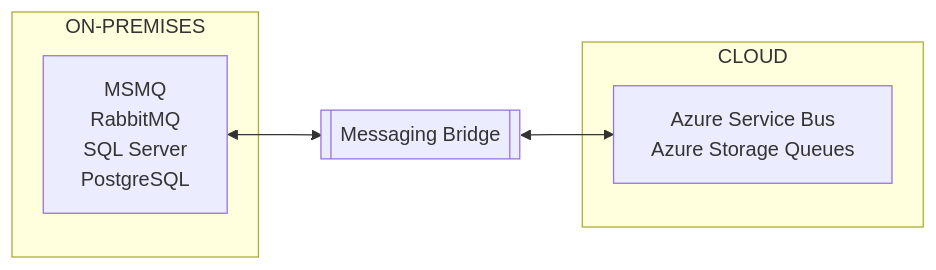
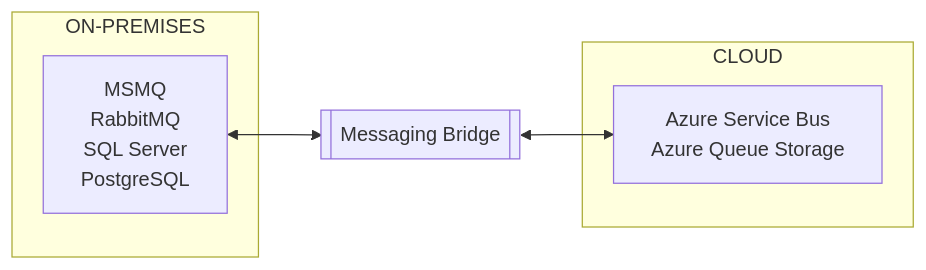
The diagram in modernization/migrate-to-the-cloud/on-premises-to-azure.md (Particular/docs.particular.net), drawn with Mermaid before and after one commit. The commit also changed other lines of this file and 69 other files, not shown here.

First line of the commit message:
Use Azure Queue Storage service name (stacked on #8692) (#8696)

````diff
--- a/modernization/migrate-to-the-cloud/on-premises-to-azure.md
+++ b/modernization/migrate-to-the-cloud/on-premises-to-azure.md
@@ -26,19 +26,19 @@
 ```mermaid
 flowchart LR
 
 on-prem["MSMQ
   RabbitMQ
   SQL Server
   PostgreSQL"]
 cloud["Azure Service Bus
-  Azure Storage Queues"]
+  Azure Queue Storage"]
 bridge[[Messaging Bridge]]
 on-prem <--> bridge <--> cloud
 
 subgraph ON-PREMISES
   on-prem
 end
 subgraph CLOUD
   cloud
 end
 ```
````
